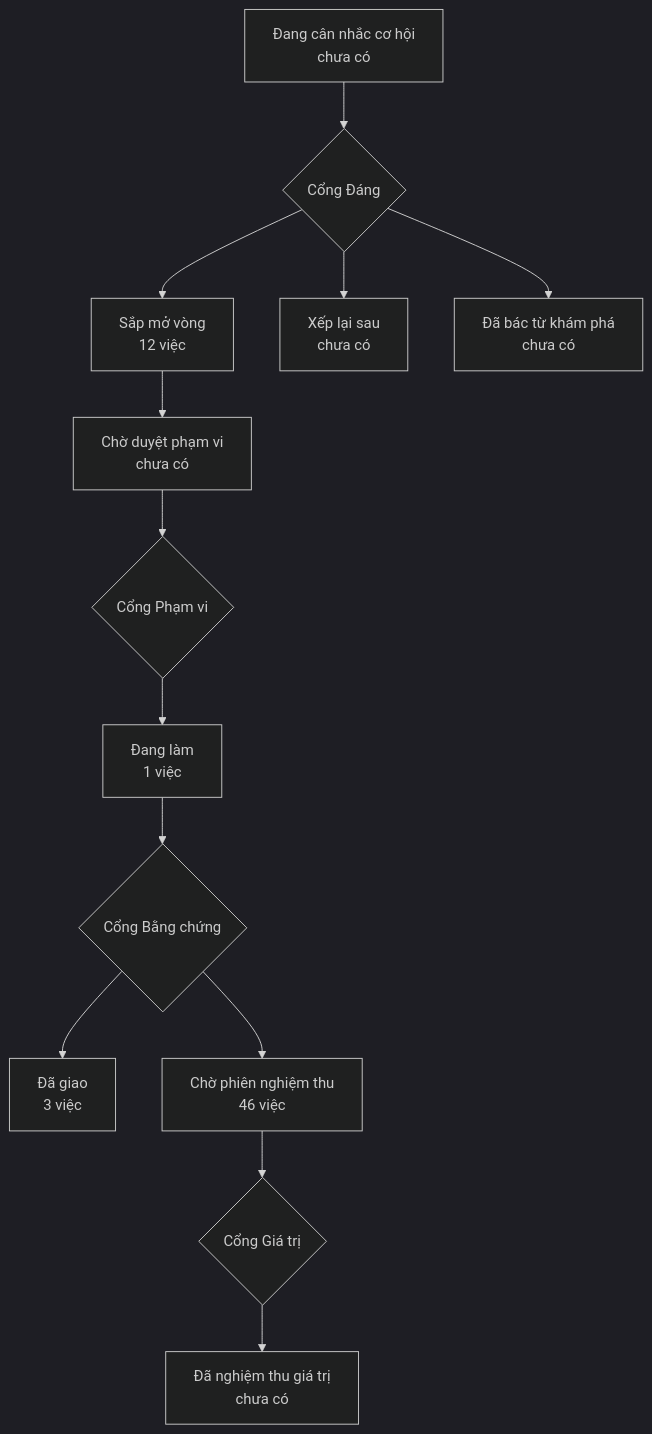
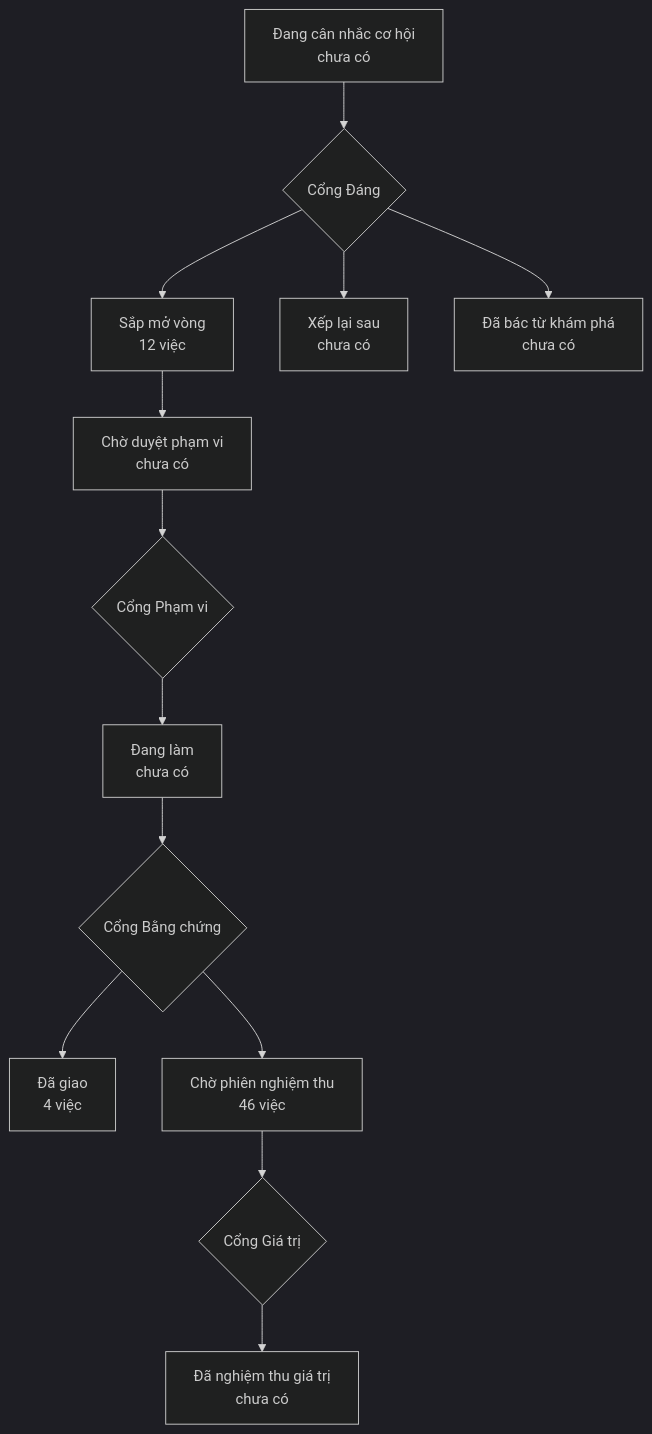
Before and after one commit to phanlemanh/onehub-inventory: the diagram in PRODUCT-MAP.md, drawn with Mermaid (dark theme). The commit also changed other lines of this file and 4 other files, not shown here.

````diff
--- a/PRODUCT-MAP.md
+++ b/PRODUCT-MAP.md
@@ -7,12 +7,12 @@
 ```mermaid
 flowchart TD
   A["Đang cân nhắc cơ hội<br/>chưa có"] --> GD{"Cổng Đáng"}
   GD --> B["Sắp mở vòng<br/>12 việc"]
   GD --> XL["Xếp lại sau<br/>chưa có"]
   GD --> DB["Đã bác từ khám phá<br/>chưa có"]
   B --> CD["Chờ duyệt phạm vi<br/>chưa có"] --> GP{"Cổng Phạm vi"}
-  GP --> DL["Đang làm<br/>1 việc"] --> GB{"Cổng Bằng chứng"}
-  GB --> DG["Đã giao<br/>3 việc"]
+  GP --> DL["Đang làm<br/>chưa có"] --> GB{"Cổng Bằng chứng"}
+  GB --> DG["Đã giao<br/>4 việc"]
   GB --> CN["Chờ phiên nghiệm thu<br/>46 việc"] --> GG{"Cổng Giá trị"}
   GG --> NT["Đã nghiệm thu giá trị<br/>chưa có"]
 ```
````
